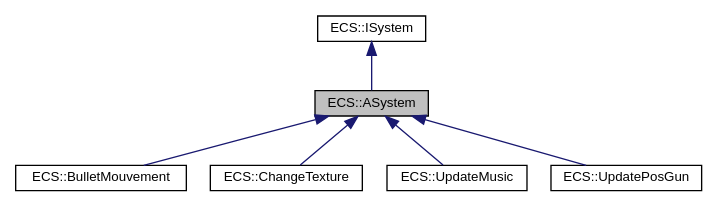
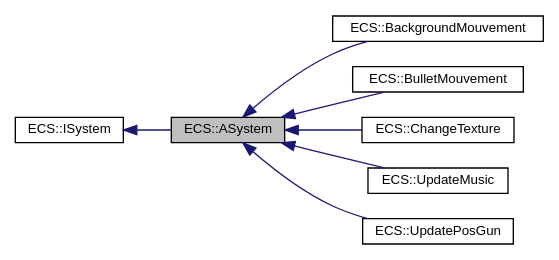
Before and after one commit to TerryMazzoni/RTypeMirror: the diagram in classECS_1_1ASystem__inherit__graph.dot, drawn with Graphviz. The commit also changed 68 other files, not shown here.

```diff
--- a/classECS_1_1ASystem__inherit__graph.dot
+++ b/classECS_1_1ASystem__inherit__graph.dot
@@ -1,17 +1,20 @@
 digraph "ECS::ASystem"
 {
  // LATEX_PDF_SIZE
   edge [fontname="Helvetica",fontsize="10",labelfontname="Helvetica",labelfontsize="10"];
   node [fontname="Helvetica",fontsize="10",shape=record];
+  rankdir="LR";
   Node1 [label="ECS::ASystem",height=0.2,width=0.4,color="black", fillcolor="grey75", style="filled", fontcolor="black",tooltip=" "];
   Node2 -> Node1 [dir="back",color="midnightblue",fontsize="10",style="solid",fontname="Helvetica"];
   Node2 [label="ECS::ISystem",height=0.2,width=0.4,color="black", fillcolor="white", style="filled",URL="$classECS_1_1ISystem.html",tooltip=" "];
   Node1 -> Node3 [dir="back",color="midnightblue",fontsize="10",style="solid",fontname="Helvetica"];
-  Node3 [label="ECS::BulletMouvement",height=0.2,width=0.4,color="black", fillcolor="white", style="filled",URL="$classECS_1_1BulletMouvement.html",tooltip=" "];
+  Node3 [label="ECS::BackgroundMouvement",height=0.2,width=0.4,color="black", fillcolor="white", style="filled",URL="$classECS_1_1BackgroundMouvement.html",tooltip=" "];
   Node1 -> Node4 [dir="back",color="midnightblue",fontsize="10",style="solid",fontname="Helvetica"];
-  Node4 [label="ECS::ChangeTexture",height=0.2,width=0.4,color="black", fillcolor="white", style="filled",URL="$classECS_1_1ChangeTexture.html",tooltip=" "];
+  Node4 [label="ECS::BulletMouvement",height=0.2,width=0.4,color="black", fillcolor="white", style="filled",URL="$classECS_1_1BulletMouvement.html",tooltip=" "];
   Node1 -> Node5 [dir="back",color="midnightblue",fontsize="10",style="solid",fontname="Helvetica"];
-  Node5 [label="ECS::UpdateMusic",height=0.2,width=0.4,color="black", fillcolor="white", style="filled",URL="$classECS_1_1UpdateMusic.html",tooltip=" "];
+  Node5 [label="ECS::ChangeTexture",height=0.2,width=0.4,color="black", fillcolor="white", style="filled",URL="$classECS_1_1ChangeTexture.html",tooltip=" "];
   Node1 -> Node6 [dir="back",color="midnightblue",fontsize="10",style="solid",fontname="Helvetica"];
-  Node6 [label="ECS::UpdatePosGun",height=0.2,width=0.4,color="black", fillcolor="white", style="filled",URL="$classECS_1_1UpdatePosGun.html",tooltip=" "];
+  Node6 [label="ECS::UpdateMusic",height=0.2,width=0.4,color="black", fillcolor="white", style="filled",URL="$classECS_1_1UpdateMusic.html",tooltip=" "];
+  Node1 -> Node7 [dir="back",color="midnightblue",fontsize="10",style="solid",fontname="Helvetica"];
+  Node7 [label="ECS::UpdatePosGun",height=0.2,width=0.4,color="black", fillcolor="white", style="filled",URL="$classECS_1_1UpdatePosGun.html",tooltip=" "];
 }
```
